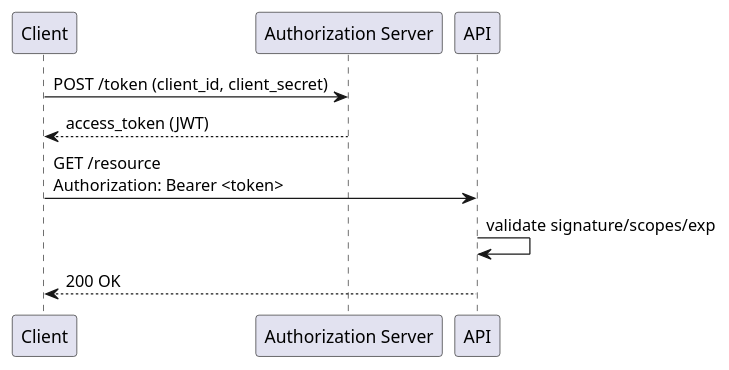
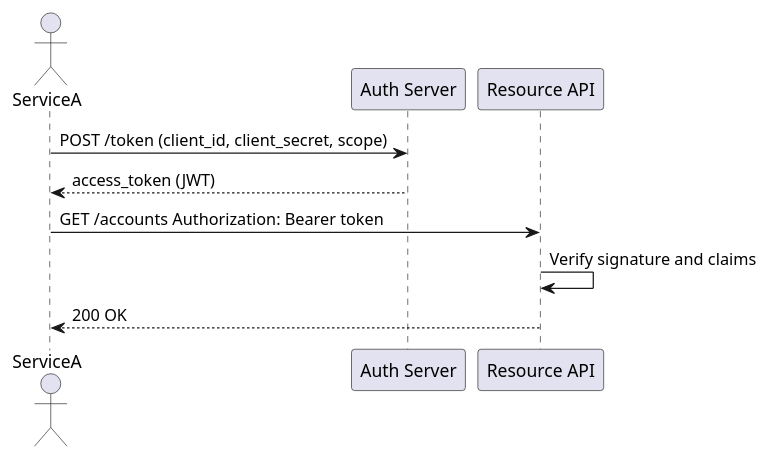
Before and after one commit to iwizy/analyst_kb: the diagram in docs/integrations/api-design/security.md, drawn with PlantUML. The commit also changed other lines of this file and 33 other files, not shown here.

````diff
--- a/docs/integrations/api-design/security.md
+++ b/docs/integrations/api-design/security.md
@@ -44,13 +49,13 @@
 ```kroki-plantuml
 @startuml
-participant Client
-participant Auth as "Authorization Server"
-participant API
+actor ServiceA
+participant "Auth Server" as AS
+participant "Resource API" as API
 
-Client -> Auth: POST /token (client_id, client_secret)
-Auth --> Client: access_token (JWT)
-Client -> API: GET /resource\nAuthorization: Bearer <token>
-API -> API: validate signature/scopes/exp
-API --> Client: 200 OK
+ServiceA -> AS: POST /token (client_id, client_secret, scope)
+AS --> ServiceA: access_token (JWT)
+ServiceA -> API: GET /accounts Authorization: Bearer token
+API -> API: Verify signature and claims
+API --> ServiceA: 200 OK
 @enduml
 ```
````
